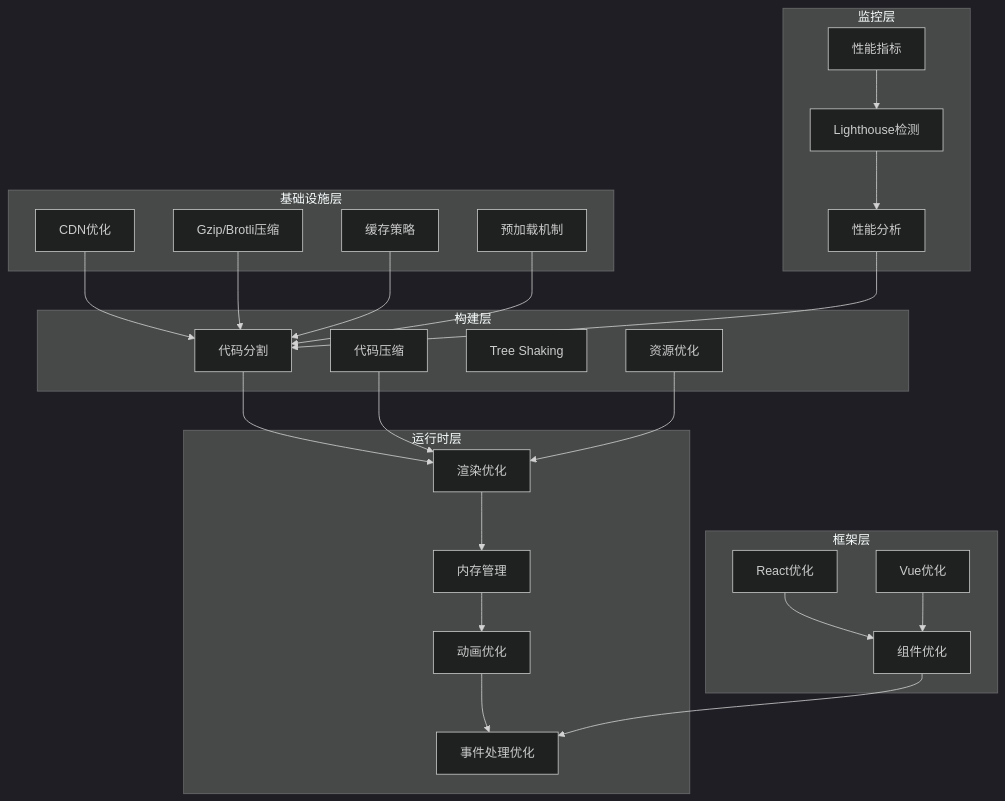
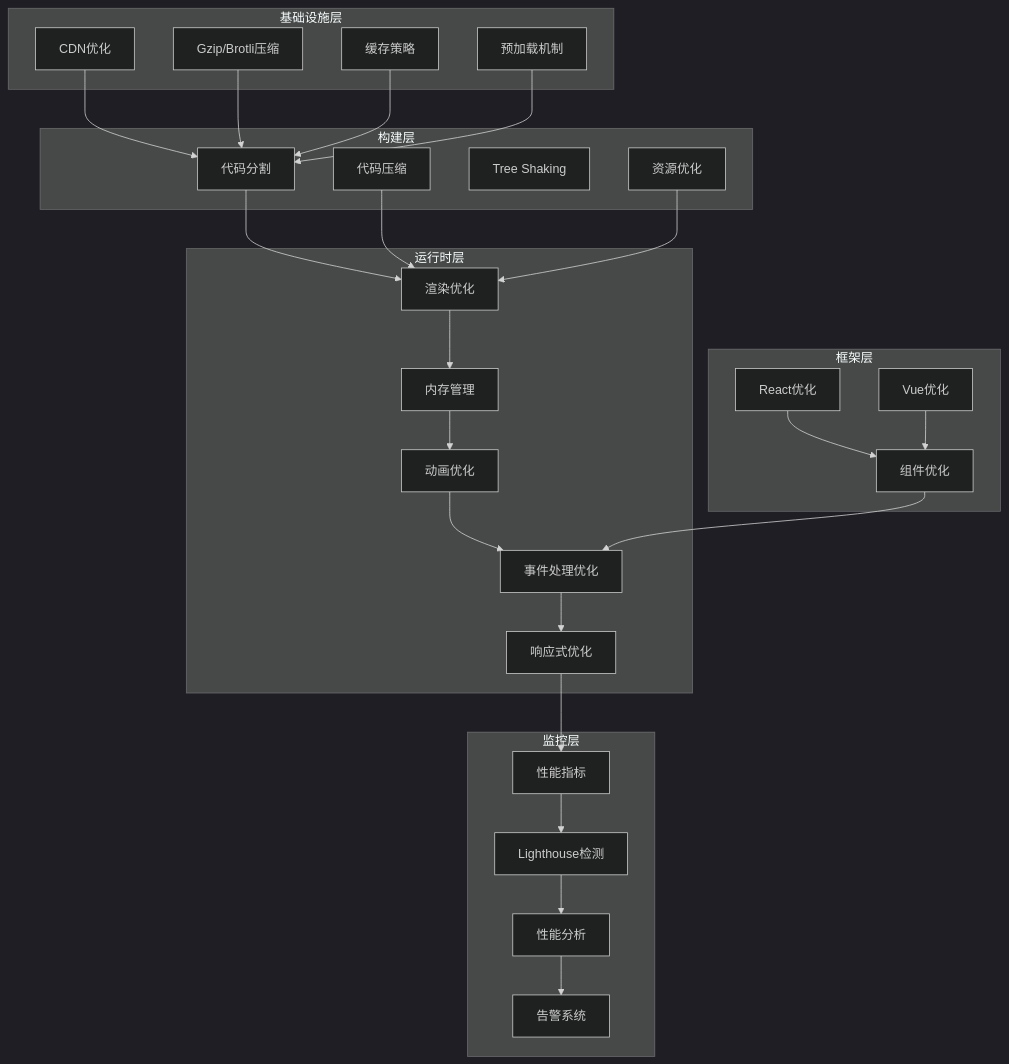
One commit to UnicornXU/knowledge-base changed the second of 6 diagrams in .qoder/repowiki/zh/content/前端性能优化/前端性能优化.md. Above: the diagram before and after it, drawn with Mermaid (dark theme). The commit also changed other lines of this file and 18 other files, not shown here.

````diff
--- a/.qoder/repowiki/zh/content/前端性能优化/前端性能优化.md
+++ b/.qoder/repowiki/zh/content/前端性能优化/前端性能优化.md
@@ -109,47 +126,51 @@
 ```mermaid
 graph TB
 subgraph "基础设施层"
 CDN[CDN优化]
 Compression[Gzip/Brotli压缩]
 Caching[缓存策略]
 Preload[预加载机制]
 end
 subgraph "构建层"
 Bundle[代码分割]
 Minify[代码压缩]
 TreeShake[Tree Shaking]
 Optimize[资源优化]
 end
 subgraph "运行时层"
 Rendering[渲染优化]
 Memory[内存管理]
 Animation[动画优化]
 Event[事件处理优化]
+Responsive[响应式优化]
+end
+subgraph "监控层"
+Metrics[性能指标]
+Lighthouse[Lighthouse检测]
+Analytics[性能分析]
+Alerts[告警系统]
 end
 subgraph "框架层"
 ReactOpt[React优化]
 VueOpt[Vue优化]
 Component[组件优化]
-end
-subgraph "监控层"
-Metrics[性能指标]
-Lighthouse[Lighthouse检测]
-Analytics[性能分析]
 end
 CDN --> Bundle
 Compression --> Bundle
 Caching --> Bundle
 Preload --> Bundle
 Bundle --> Rendering
 Minify --> Rendering
 Optimize --> Rendering
 Rendering --> Memory
 Memory --> Animation
 Animation --> Event
+Event --> Responsive
 ReactOpt --> Component
 VueOpt --> Component
 Component --> Event
 Metrics --> Lighthouse
 Lighthouse --> Analytics
-Analytics --> Bundle
+Analytics --> Alerts
+Responsive --> Metrics
 ```
````
